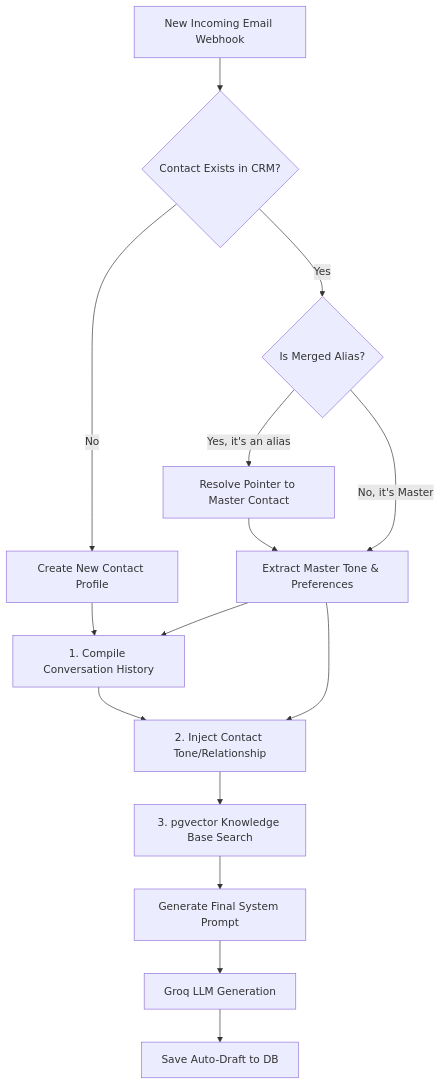
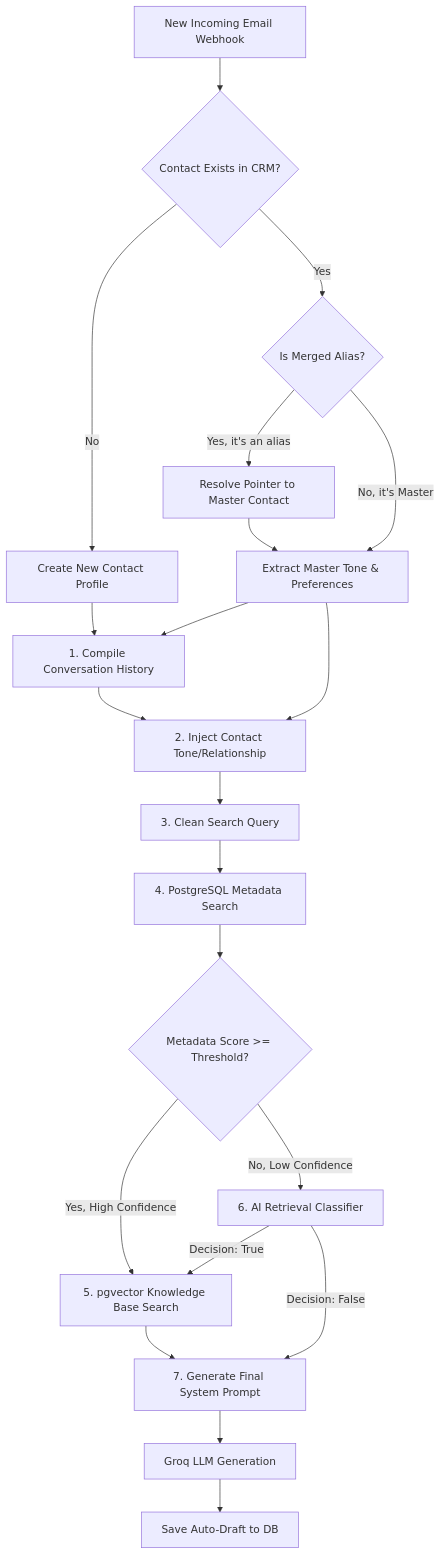
Before and after one commit to Lancerhawk/MailBot: the fourth of 6 diagrams in README.md, drawn with Mermaid. The commit also changed other lines of this file and 24 other files, not shown here.

````diff
--- a/README.md
+++ b/README.md
@@ -156,25 +187,34 @@
 ```mermaid
 flowchart TD
     Incoming[New Incoming Email Webhook] --> Check{Contact Exists in CRM?}
     
     Check -->|No| Create[Create New Contact Profile]
     Create --> Compile
     
     Check -->|Yes| CheckMerge{Is Merged Alias?}
     
     CheckMerge -->|Yes, it's an alias| Resolve[Resolve Pointer to Master Contact]
     Resolve --> ExtractTone
     
     CheckMerge -->|No, it's Master| ExtractTone
     
     ExtractTone[Extract Master Tone & Preferences] --> Compile
     
     Compile[1. Compile Conversation History] --> Combine
     ExtractTone --> Combine[2. Inject Contact Tone/Relationship]
     
-    Combine --> FetchKB[3. pgvector Knowledge Base Search]
-    FetchKB --> FinalPrompt[Generate Final System Prompt]
+    Combine --> Clean[3. Clean Search Query]
+    Clean --> MetadataSearch[4. PostgreSQL Metadata Search]
+    
+    MetadataSearch --> CheckScore{Metadata Score >= Threshold?}
+    CheckScore -->|Yes, High Confidence| FetchKB[5. pgvector Knowledge Base Search]
+    CheckScore -->|No, Low Confidence| AIClassifier[6. AI Retrieval Classifier]
+    
+    AIClassifier -->|Decision: True| FetchKB
+    AIClassifier -->|Decision: False| FinalPrompt[7. Generate Final System Prompt]
+    
+    FetchKB --> FinalPrompt
     
     FinalPrompt --> Groq[Groq LLM Generation]
     Groq --> Save[Save Auto-Draft to DB]
 ```
````
